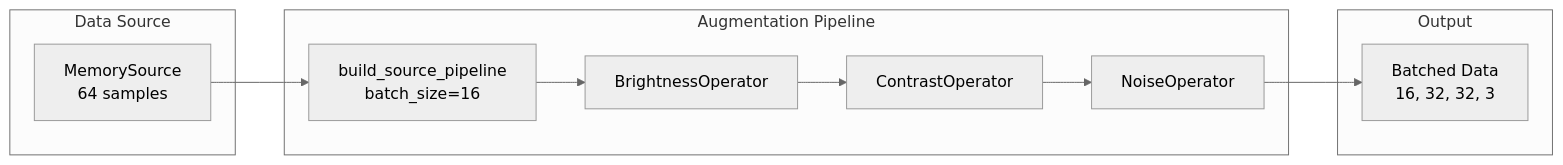
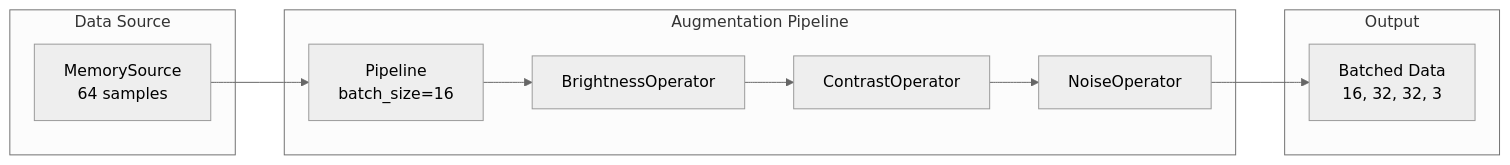
One commit to avitai/datarax changed the diagram in docs/examples/core/augmentation-quickref.md. Above: the diagram before and after it, drawn with Mermaid (neutral theme). The commit also changed other lines of this file and 330 other files, not shown here.

````diff
--- a/docs/examples/core/augmentation-quickref.md
+++ b/docs/examples/core/augmentation-quickref.md
@@ -249,19 +249,19 @@
 ```mermaid
 flowchart LR
     subgraph Source["Data Source"]
         MS["MemorySource<br/>64 samples"]
     end
 
     subgraph Pipeline["Augmentation Pipeline"]
-        FS["build_source_pipeline<br/>batch_size=16"]
+        FS["Pipeline<br/>batch_size=16"]
         B["BrightnessOperator"]
         C["ContrastOperator"]
         N["NoiseOperator"]
     end
 
     subgraph Output["Output"]
         OUT["Batched Data<br/>16, 32, 32, 3"]
     end
 
     MS --> FS --> B --> C --> N --> OUT
 ```
````
